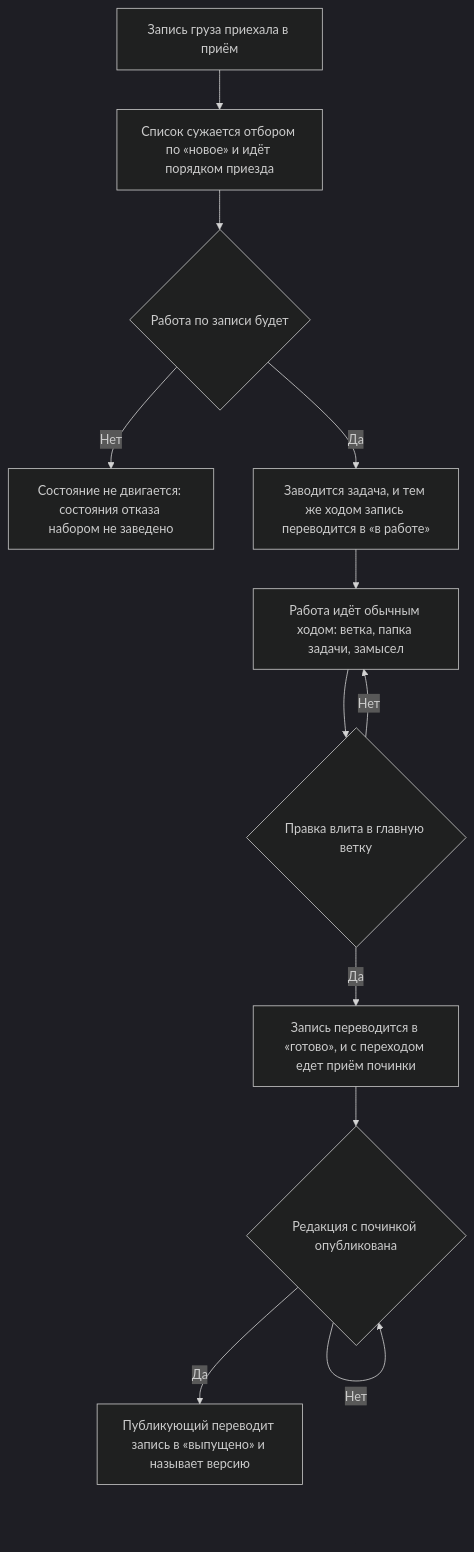
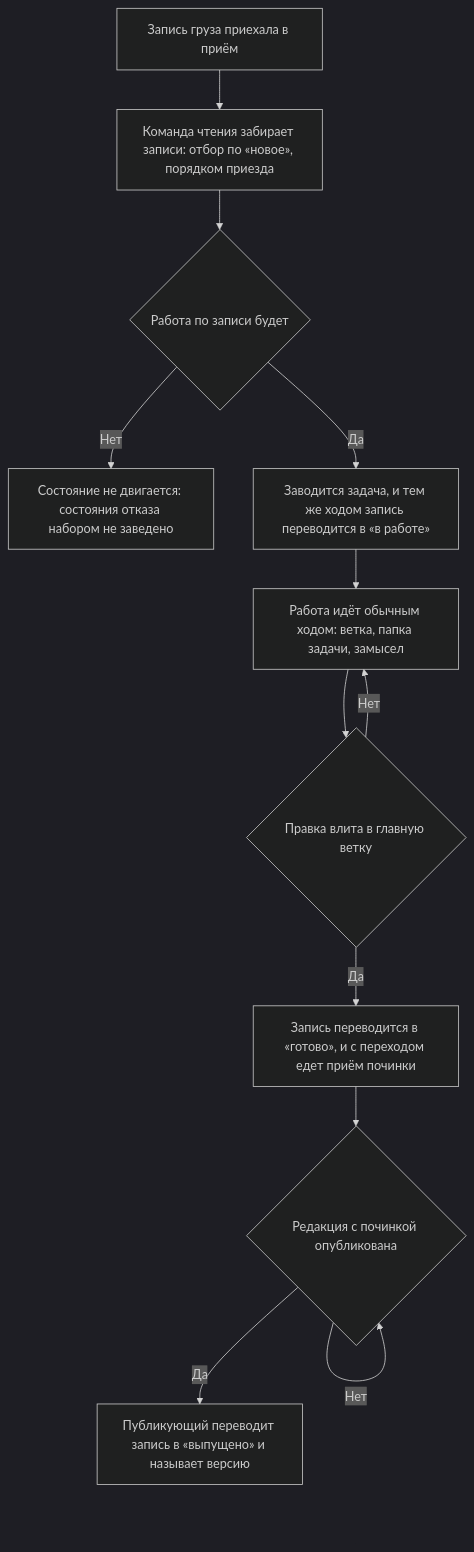
One commit to Eyhenij/rt-tools changed the diagram in .claude/skills/cargo-triage/SKILL.md. Above: the diagram before and after it, drawn with Mermaid (dark theme). The commit also changed other lines of this file and 2 other files, not shown here.

First line of the commit message:
docs(rt:agent-kit): правило разбора груза говорит про чтение командой

````diff
--- a/.claude/skills/cargo-triage/SKILL.md
+++ b/.claude/skills/cargo-triage/SKILL.md
@@ -37,14 +38,14 @@
 ```mermaid
 flowchart TD
-    A[Запись груза приехала в приём] --> B[Список сужается отбором по «новое» и идёт порядком приезда]
+    A[Запись груза приехала в приём] --> B[Команда чтения забирает записи: отбор по «новое», порядком приезда]
     B --> C{Работа по записи будет}
     C -->|Нет| D[Состояние не двигается: состояния отказа набором не заведено]
     C -->|Да| E[Заводится задача, и тем же ходом запись переводится в «в работе»]
     E --> F[Работа идёт обычным ходом: ветка, папка задачи, замысел]
     F --> G{Правка влита в главную ветку}
     G -->|Нет| F
     G -->|Да| H[Запись переводится в «готово», и с переходом едет приём починки]
     H --> I{Редакция с починкой опубликована}
     I -->|Нет| I
     I -->|Да| J[Публикующий переводит запись в «выпущено» и называет версию]
 ```
````
